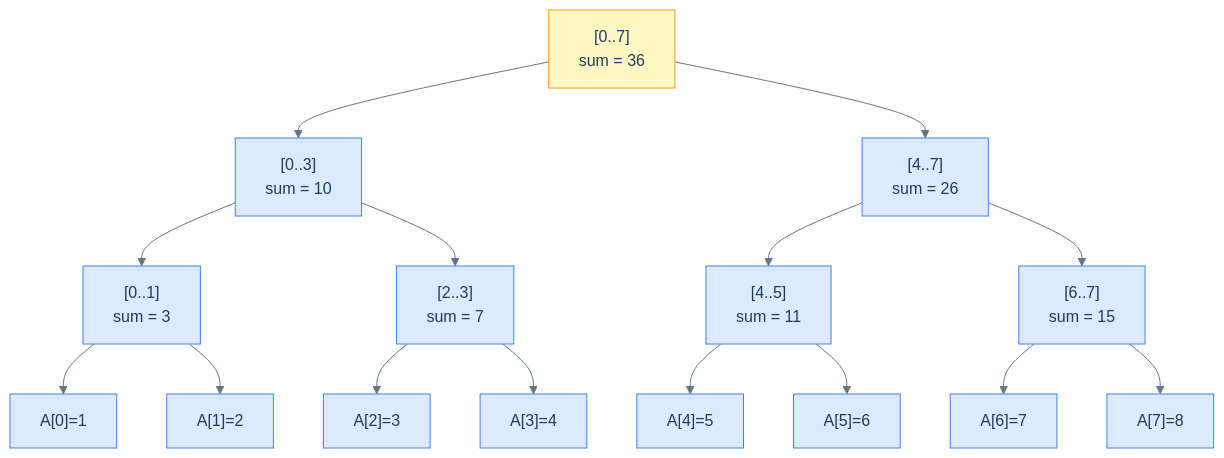
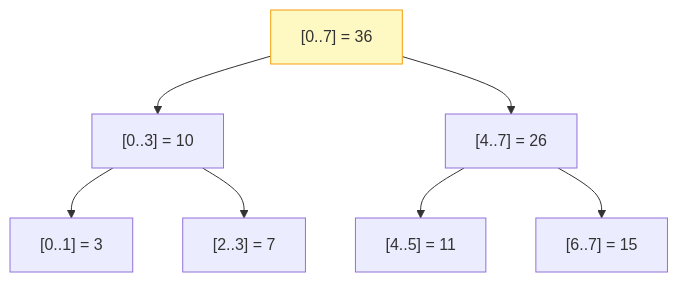
One commit to ani2fun/codefolio changed the diagram in content/cortex/data-structures-and-algorithms/03-trees/09-segment-tree/01-introduction-to-segment-trees.md. Above: the diagram before and after it, drawn with Mermaid. The commit also changed other lines of this file and 1049 other files, not shown here.

````diff
--- a/content/cortex/data-structures-and-algorithms/03-trees/09-segment-tree/01-introduction-to-segment-trees.md
+++ b/content/cortex/data-structures-and-algorithms/03-trees/09-segment-tree/01-introduction-to-segment-trees.md
@@ -72,44 +87,10 @@
 ```mermaid
----
-config:
-  theme: base
-  themeVariables:
-    primaryColor: "#dbeafe"
-    primaryBorderColor: "#3b82f6"
-    primaryTextColor: "#1e3a5f"
-    lineColor: "#64748b"
-    secondaryColor: "#ede9fe"
-    tertiaryColor: "#fef9c3"
----
 flowchart TB
-  R["[0..7]<br/>sum = 36"]
-  L["[0..3]<br/>sum = 10"]
-  RR["[4..7]<br/>sum = 26"]
-  LL["[0..1]<br/>sum = 3"]
-  LR["[2..3]<br/>sum = 7"]
-  RRL["[4..5]<br/>sum = 11"]
-  RRR["[6..7]<br/>sum = 15"]
-  LLL["A[0]=1"]
-  LLR["A[1]=2"]
-  LRL["A[2]=3"]
-  LRR["A[3]=4"]
-  RRLL["A[4]=5"]
-  RRLR["A[5]=6"]
-  RRRL["A[6]=7"]
-  RRRR["A[7]=8"]
-  R --> L
-  R --> RR
-  L --> LL
-  L --> LR
-  RR --> RRL
-  RR --> RRR
-  LL --> LLL
-  LL --> LLR
-  LR --> LRL
-  LR --> LRR
-  RRL --> RRLL
-  RRL --> RRLR
-  RRR --> RRRL
-  RRR --> RRRR
+  R["[0..7] = 36"] --> L["[0..3] = 10"]
+  R --> RR["[4..7] = 26"]
+  L --> LL["[0..1] = 3"]
+  L --> LR["[2..3] = 7"]
+  RR --> RL["[4..5] = 11"]
+  RR --> RRr["[6..7] = 15"]
   style R fill:#fef9c3,stroke:#f59e0b
 ```
````
